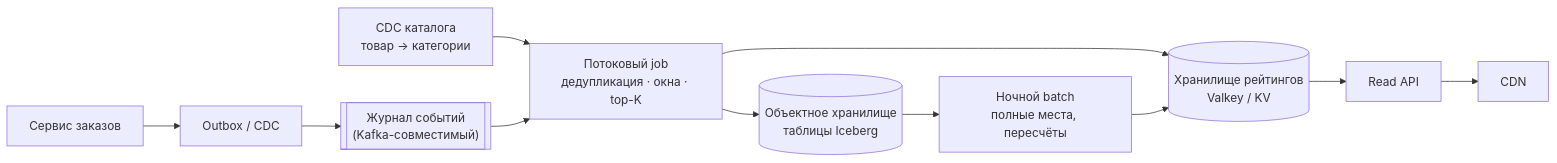
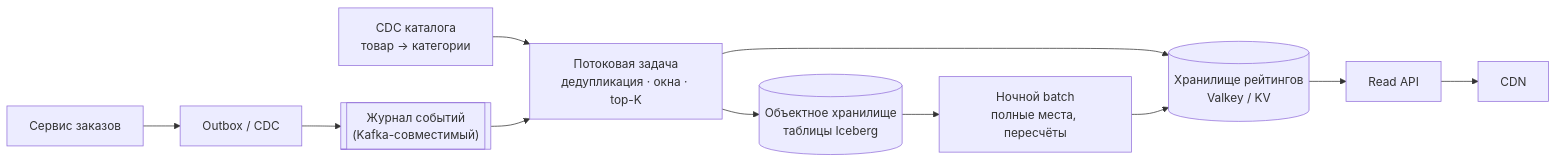
One commit to butyavk/system-design changed the third of 3 diagrams in src/content/docs/ru/practice/sales-rank.mdx. Above: the diagram before and after it, drawn with Mermaid. The commit also changed other lines of this file and 54 other files, not shown here.

````diff
--- a/src/content/docs/ru/practice/sales-rank.mdx
+++ b/src/content/docs/ru/practice/sales-rank.mdx
@@ -294,13 +294,13 @@
 ```mermaid
 flowchart LR
   shop["Сервис заказов"] --> outbox["Outbox / CDC"]
   outbox --> log[["Журнал событий<br/>(Kafka-совместимый)"]]
   catalog["CDC каталога<br/>товар → категории"] --> flink
-  log --> flink["Потоковый job<br/>дедупликация · окна · top-K"]
+  log --> flink["Потоковая задача<br/>дедупликация · окна · top-K"]
   flink --> kv[("Хранилище рейтингов<br/>Valkey / KV")]
   flink --> lake[("Объектное хранилище<br/>таблицы Iceberg")]
   kv --> api["Read API"]
   api --> cdn["CDN"]
   lake --> batch["Ночной batch<br/>полные места, пересчёты"]
   batch --> kv
 ```
````
